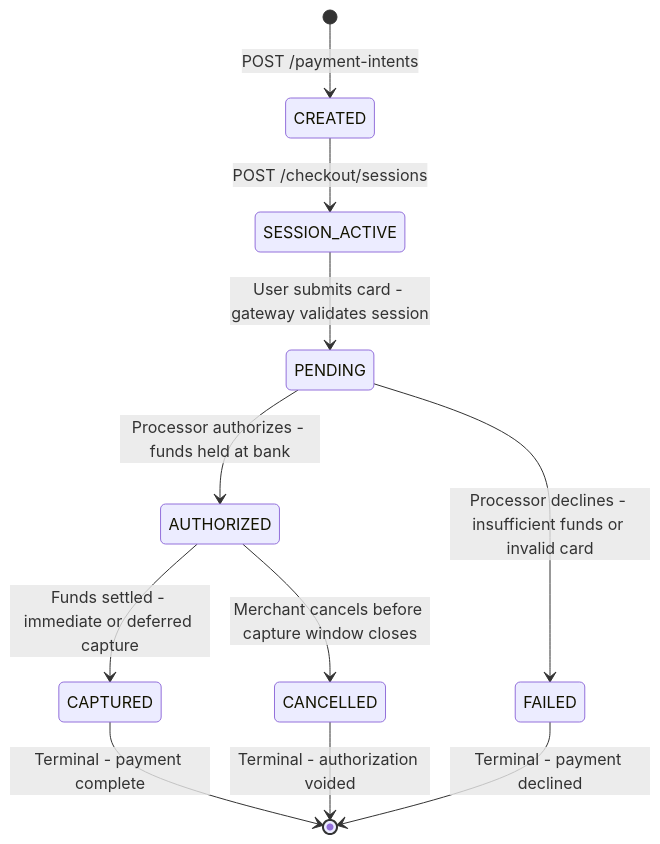
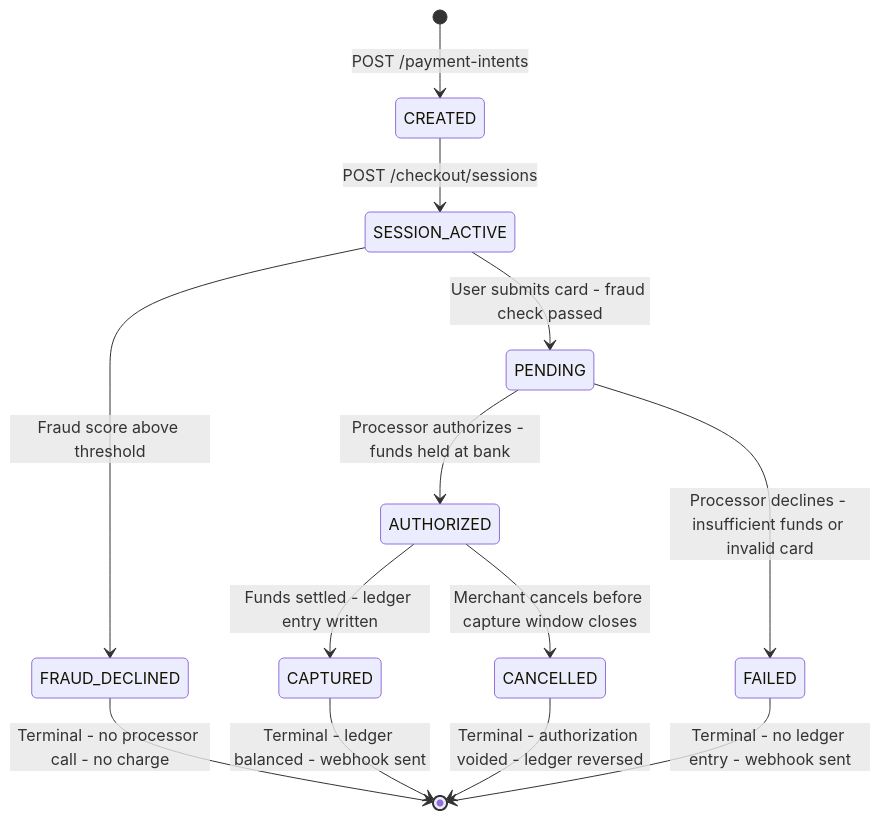
One commit to shyamalm88/MechineCoding changed the seventh of 8 diagrams in system-design/payment-gateway-stripe.md. Above: the diagram before and after it, drawn with Mermaid. The commit also changed other lines of this file and 1 other file, not shown here.

Commit message:
updated payment gateway, config driven shopping cart

````diff
--- a/system-design/payment-gateway-stripe.md
+++ b/system-design/payment-gateway-stripe.md
@@ -447,13 +749,15 @@
 ```mermaid
 stateDiagram-v2
     [*] --> CREATED: POST /payment-intents
     CREATED --> SESSION_ACTIVE: POST /checkout/sessions
-    SESSION_ACTIVE --> PENDING: User submits card - gateway validates session
+    SESSION_ACTIVE --> FRAUD_DECLINED: Fraud score above threshold
+    SESSION_ACTIVE --> PENDING: User submits card - fraud check passed
     PENDING --> AUTHORIZED: Processor authorizes - funds held at bank
     PENDING --> FAILED: Processor declines - insufficient funds or invalid card
-    AUTHORIZED --> CAPTURED: Funds settled - immediate or deferred capture
+    AUTHORIZED --> CAPTURED: Funds settled - ledger entry written
     AUTHORIZED --> CANCELLED: Merchant cancels before capture window closes
-    CAPTURED --> [*]: Terminal - payment complete
-    FAILED --> [*]: Terminal - payment declined
-    CANCELLED --> [*]: Terminal - authorization voided
+    CAPTURED --> [*]: Terminal - ledger balanced - webhook sent
+    FAILED --> [*]: Terminal - no ledger entry - webhook sent
+    FRAUD_DECLINED --> [*]: Terminal - no processor call - no charge
+    CANCELLED --> [*]: Terminal - authorization voided - ledger reversed
 ```
````
